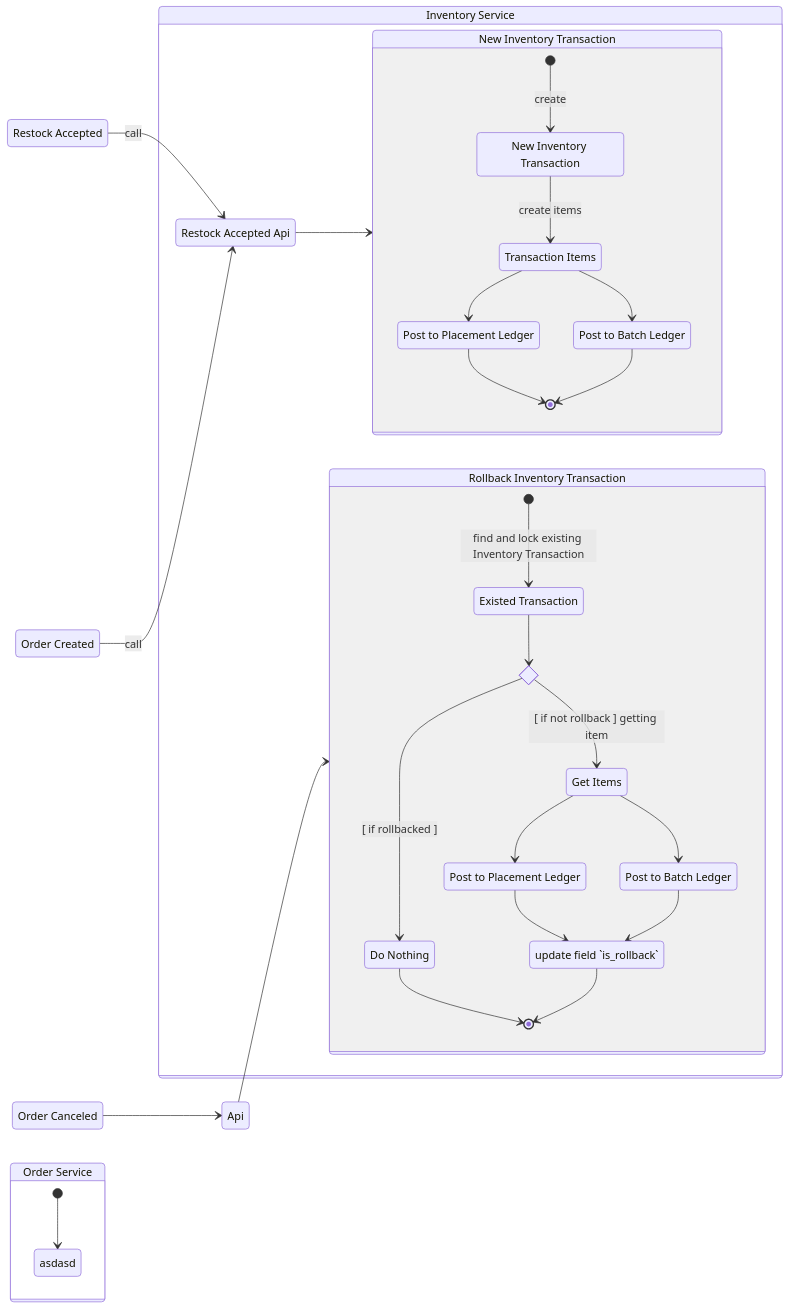
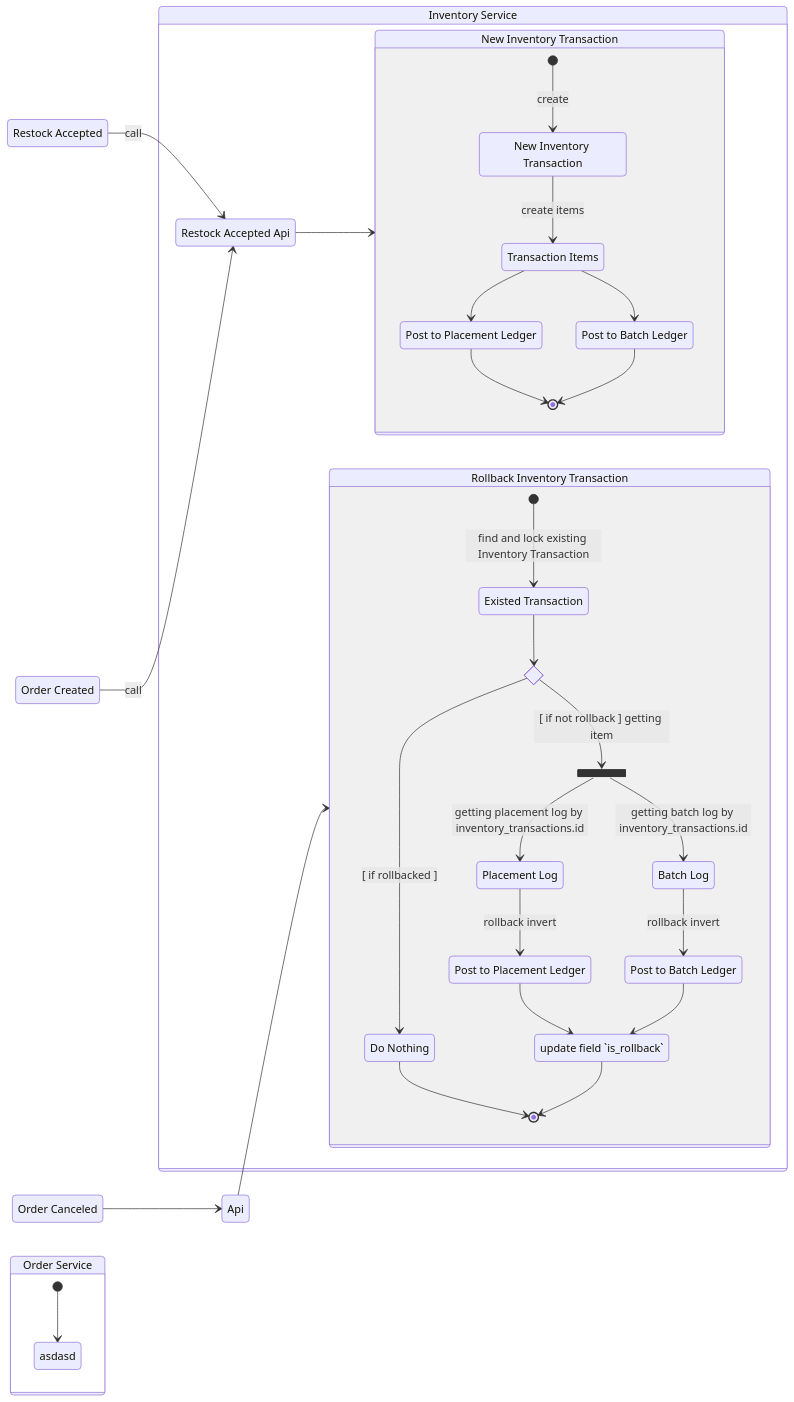
One commit to pdcgo/warehouse_revamp changed the diagram in docs/business/inventory/transaction.md. Above: the diagram before and after it, drawn with Mermaid. The commit also changed other lines of this file and 7 other files, not shown here.

First line of the commit message:
docs(inventory,order): the owner's design edits — picking, the transaction types, the session's transactions

````diff
--- a/docs/business/inventory/transaction.md
+++ b/docs/business/inventory/transaction.md
@@ -55,79 +59,82 @@
 ```mermaid
 stateDiagram-v2
 direction LR
 
 state "Restock Accepted" as res
 state "Order Created" as ord
 
 state "Api" as api2
 state "Order Canceled" as ordcancel
 
 
 res-->rapi: call
 ord-->rapi: call
 
 rapi-->new
 api2-->rollback
 
 ordcancel-->api2
 
 ordsrv: Order Service
 state ordsrv {
     [*]-->asdasd
 
 }
 
 invsrv: Inventory Service
 state invsrv {
 
     state "Restock Accepted Api" as rapi
 
     new: New Inventory Transaction
     state new {
         state "New Inventory Transaction" as inv
         state "Transaction Items" as item
         state "Post to Placement Ledger" as pmut
         state "Post to Batch Ledger" as bmut
 
         [*]-->inv: create 
         inv-->item: create items
         item-->pmut
         item-->bmut
 
         pmut-->[*]
         bmut-->[*] 
     }
 
     rollback: Rollback Inventory Transaction
     state rollback {
         state "Existed Transaction" as txexist
-        state "Get Items" as ritems
         state "Post to Placement Ledger" as rpmut
         state "Post to Batch Ledger" as rbmut
         state "update field `is_rollback`" as rollfield
         state if_rollback <<choice>>
+        state mut_fork <<fork>>
         state "Do Nothing" as nothing
+        state "Placement Log" as plog
+        state "Batch Log" as blog
 
         [*]-->txexist: find and lock existing Inventory Transaction
 
         txexist-->if_rollback
-        if_rollback-->ritems: [ if not rollback ] getting item
+        if_rollback-->mut_fork: [ if not rollback ] getting item
         if_rollback-->nothing: [ if rollbacked ]
 
         nothing-->[*]
 
-        ritems-->rpmut
-        ritems-->rbmut
-
+        mut_fork-->plog: getting placement log by inventory_transactions.id
+        plog-->rpmut: rollback invert
+        mut_fork-->blog: getting batch log by inventory_transactions.id
+        blog-->rbmut: rollback invert
         rpmut-->rollfield
         rbmut-->rollfield
 
         rollfield-->[*]
     }
 
 }
 
 
 
 
 ```
````
